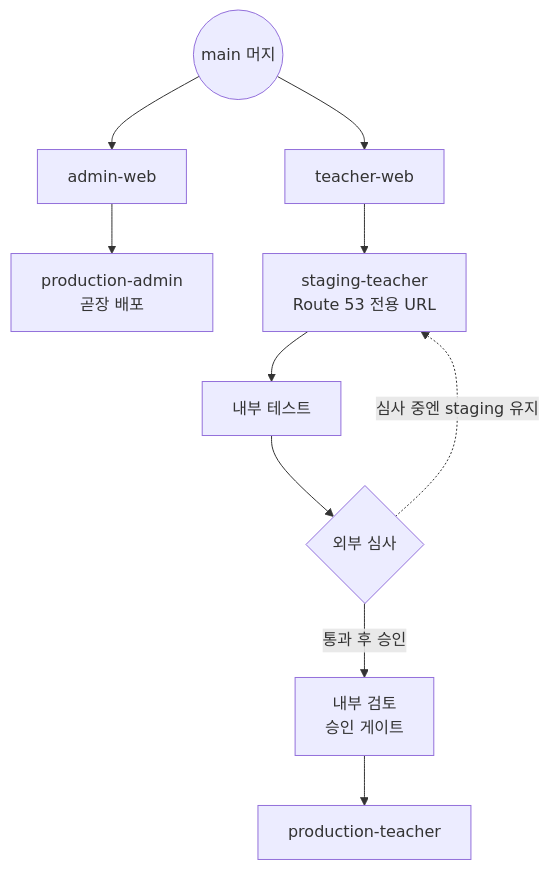
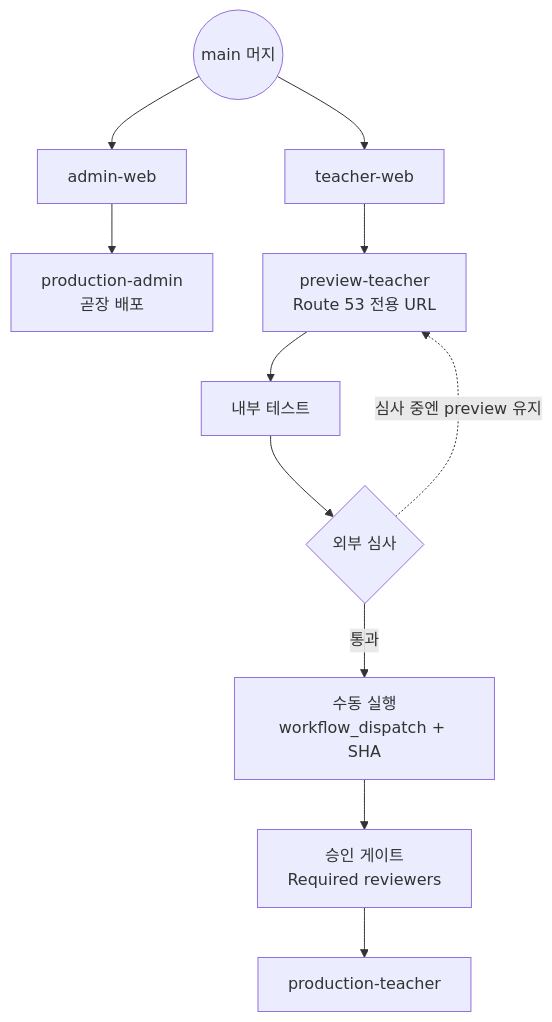
The fifth of 5 diagrams in src/content/post/blog/vercel-to-aws-migration.mdx (dydals3440/YOLOG), drawn with Mermaid before and after one commit. The commit also changed other lines of this file, not shown here.

````diff
--- a/src/content/post/blog/vercel-to-aws-migration.mdx
+++ b/src/content/post/blog/vercel-to-aws-migration.mdx
@@ -389,14 +404,15 @@
 ```mermaid
 flowchart TD
     M((main 머지)) --> AD[admin-web]
     M --> TE[teacher-web]
 
     AD --> AP[production-admin<br/>곧장 배포]
 
-    TE --> TS[staging-teacher<br/>Route 53 전용 URL]
-    TS --> IT[내부 테스트]
+    TE --> PV[preview-teacher<br/>Route 53 전용 URL]
+    PV --> IT[내부 테스트]
     IT --> EX{외부 심사}
-    EX -.->|심사 중엔 staging 유지| TS
-    EX -->|통과 후 승인| GATE[내부 검토<br/>승인 게이트]
+    EX -.->|심사 중엔 preview 유지| PV
+    EX -->|통과| WD[수동 실행<br/>workflow_dispatch + SHA]
+    WD --> GATE[승인 게이트<br/>Required reviewers]
     GATE --> TP[production-teacher]
 ```
````
